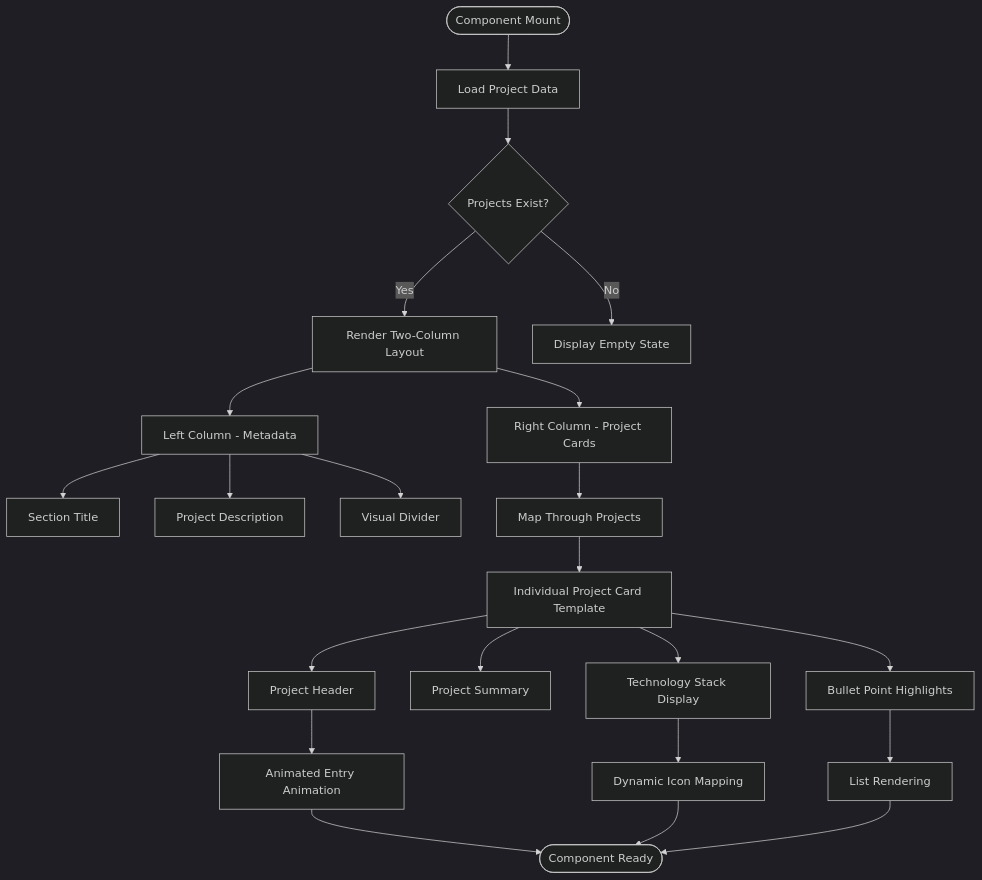
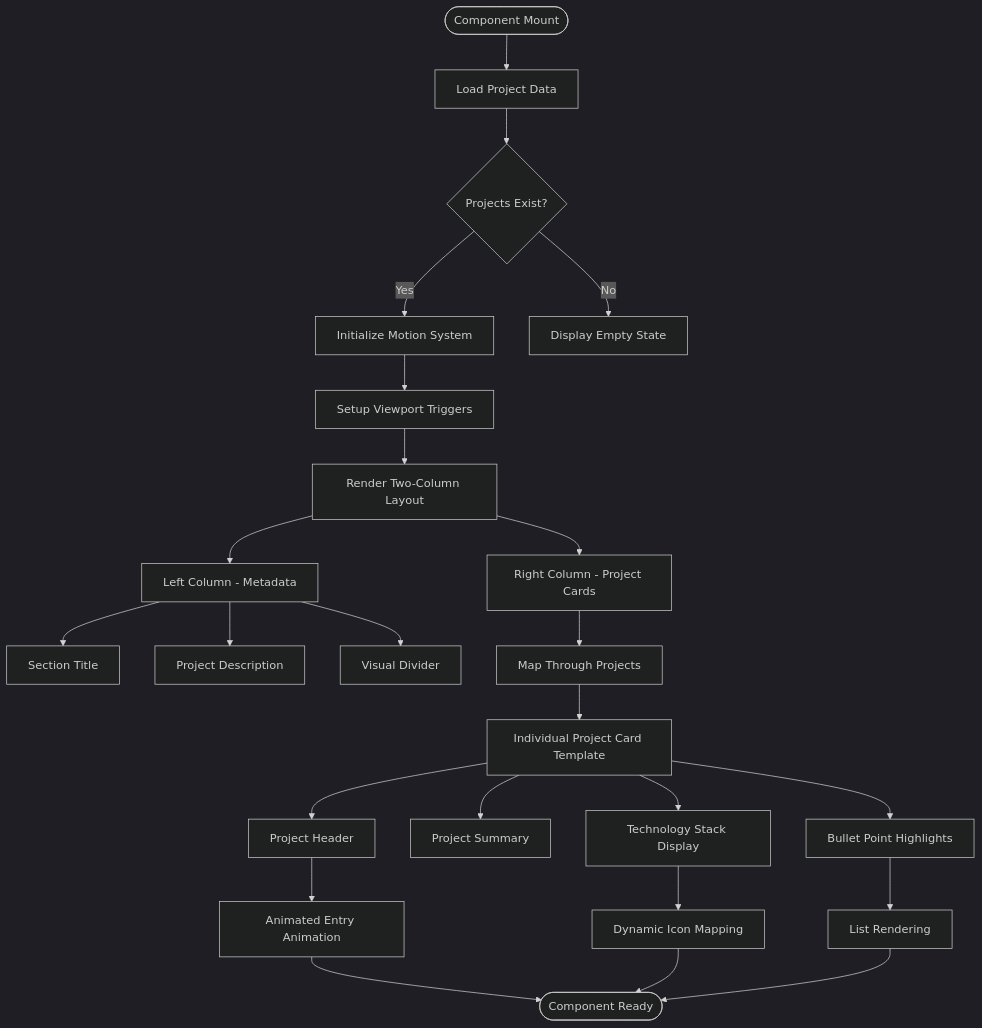
The eighth of 11 diagrams in .qoder/repowiki/en/content/Component Library & UI Elements/ProjectsSection Component.md (subash7781/Portfolio), drawn with Mermaid (dark theme) before and after one commit. The commit also changed other lines of this file and 6 other files, not shown here.

````diff
--- a/.qoder/repowiki/en/content/Component Library & UI Elements/ProjectsSection Component.md
+++ b/.qoder/repowiki/en/content/Component Library & UI Elements/ProjectsSection Component.md
@@ -311,24 +408,26 @@
 ```mermaid
 flowchart TD
 Start([Component Mount]) --> LoadData[Load Project Data]
 LoadData --> CheckProjects{Projects Exist?}
-CheckProjects --> |Yes| RenderLayout[Render Two-Column Layout]
+CheckProjects --> |Yes| InitMotion[Initialize Motion System]
 CheckProjects --> |No| EmptyState[Display Empty State]
+InitMotion --> SetupViewport[Setup Viewport Triggers]
+SetupViewport --> RenderLayout[Render Two-Column Layout]
 RenderLayout --> LeftColumn[Left Column - Metadata]
 RenderLayout --> RightColumn[Right Column - Project Cards]
 LeftColumn --> Title[Section Title]
 LeftColumn --> Description[Project Description]
 LeftColumn --> Divider[Visual Divider]
 RightColumn --> CardLoop[Map Through Projects]
 CardLoop --> CardTemplate[Individual Project Card Template]
 CardTemplate --> Header[Project Header]
 CardTemplate --> Summary[Project Summary]
 CardTemplate --> TechStack[Technology Stack Display]
 CardTemplate --> Highlights[Bullet Point Highlights]
 Header --> AnimatedEntry[Animated Entry Animation]
 TechStack --> IconMapping[Dynamic Icon Mapping]
 Highlights --> ListRendering[List Rendering]
 AnimatedEntry --> Complete([Component Ready])
 IconMapping --> Complete
 ListRendering --> Complete
 ```
````
